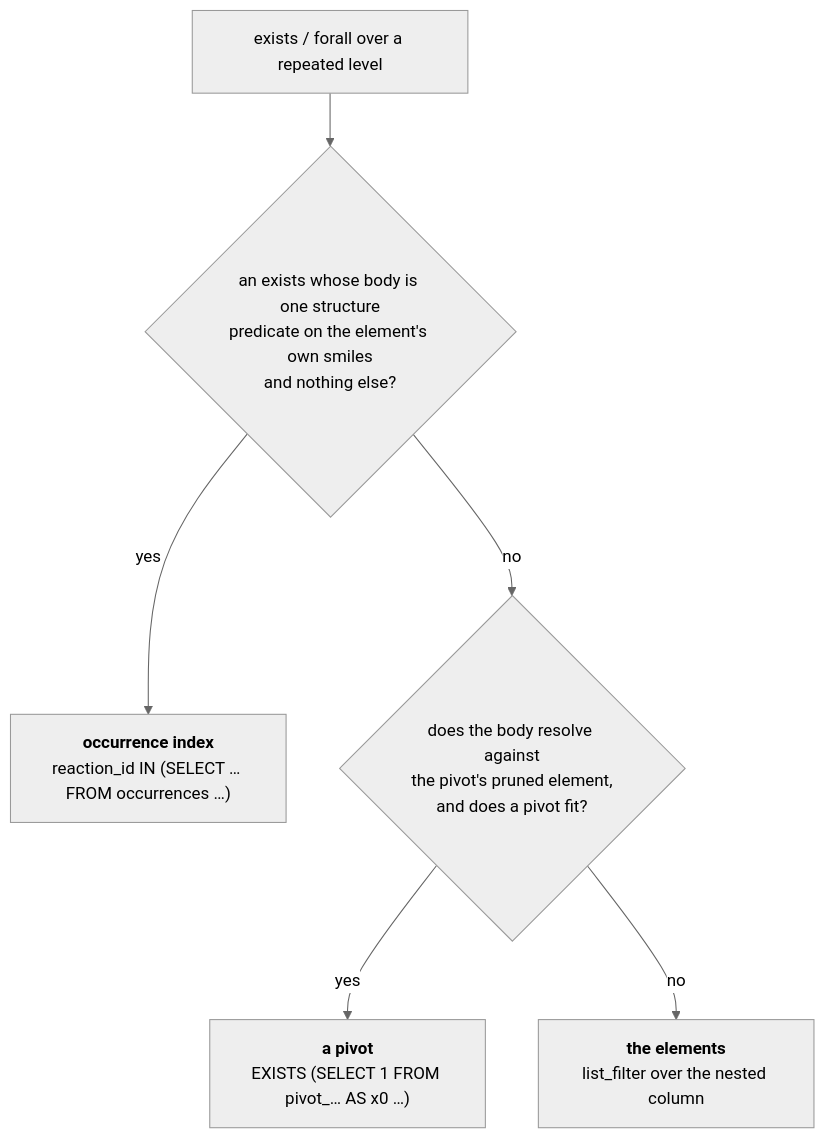
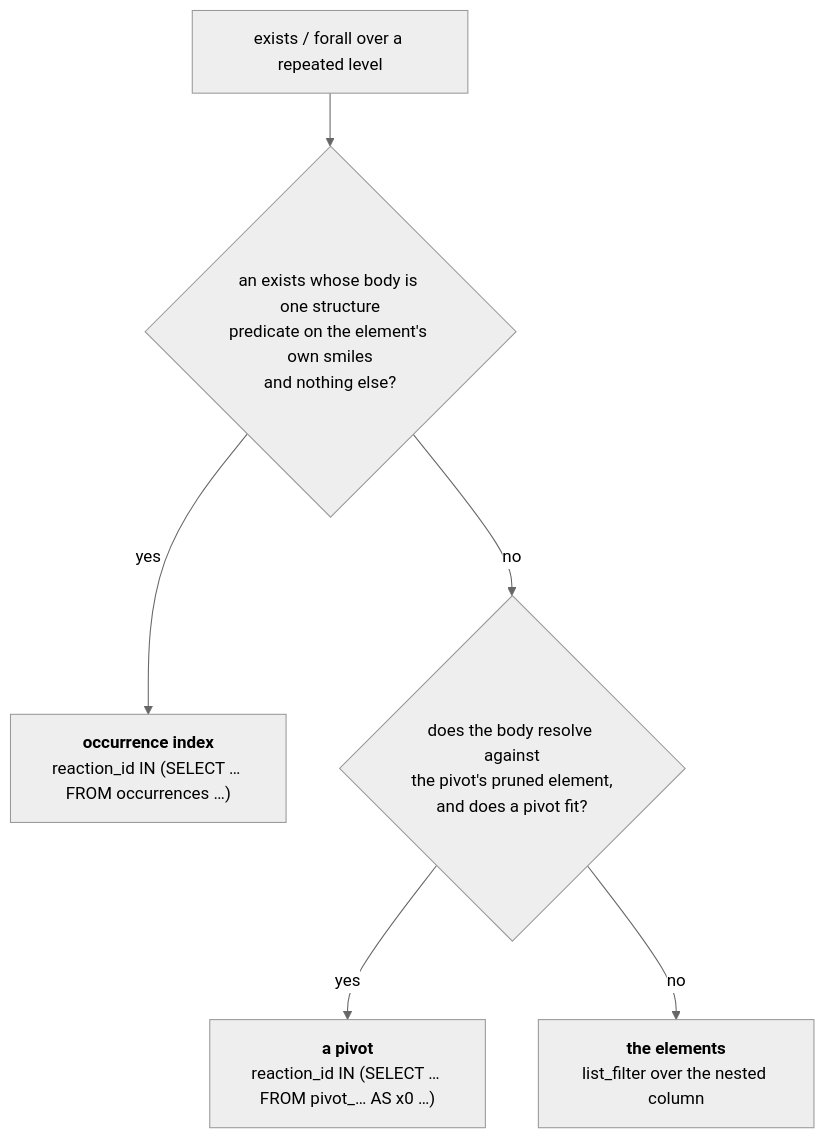
The second of 2 diagrams in ord_schema/search/README.md (open-reaction-database/ord-schema), drawn with Mermaid (neutral theme) before and after one commit. The commit also changed other lines of this file and 3 other files, not shown here.

First line of the commit message:
Spell a row-level pivot exists as IN (#1145)

````diff
--- a/ord_schema/search/README.md
+++ b/ord_schema/search/README.md
@@ -224,8 +224,8 @@
 ```mermaid
 flowchart TB
     A["exists / forall over a repeated level"] --> B{"an exists whose body is one structure<br/>predicate on the element's own smiles<br/>and nothing else?"}
     B -- yes --> I["<b>occurrence index</b><br/>reaction_id IN (SELECT … FROM occurrences …)"]
     B -- no --> P{"does the body resolve against<br/>the pivot's pruned element,<br/>and does a pivot fit?"}
-    P -- yes --> V["<b>a pivot</b><br/>EXISTS (SELECT 1 FROM pivot_… AS x0 …)"]
+    P -- yes --> V["<b>a pivot</b><br/>reaction_id IN (SELECT … FROM pivot_… AS x0 …)"]
     P -- no --> E["<b>the elements</b><br/>list_filter over the nested column"]
 ```
````
